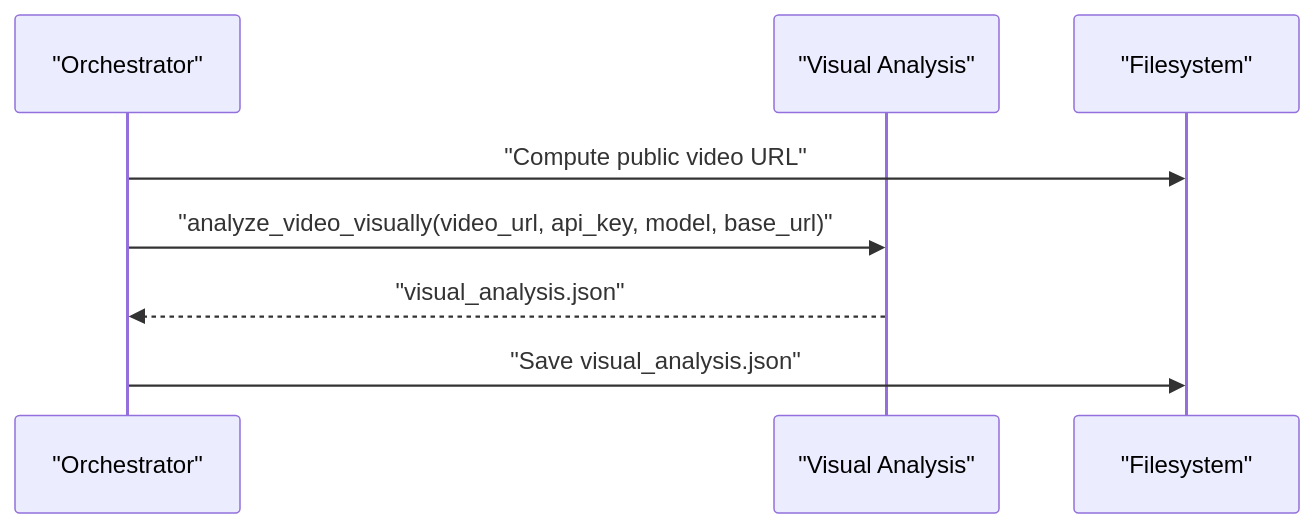
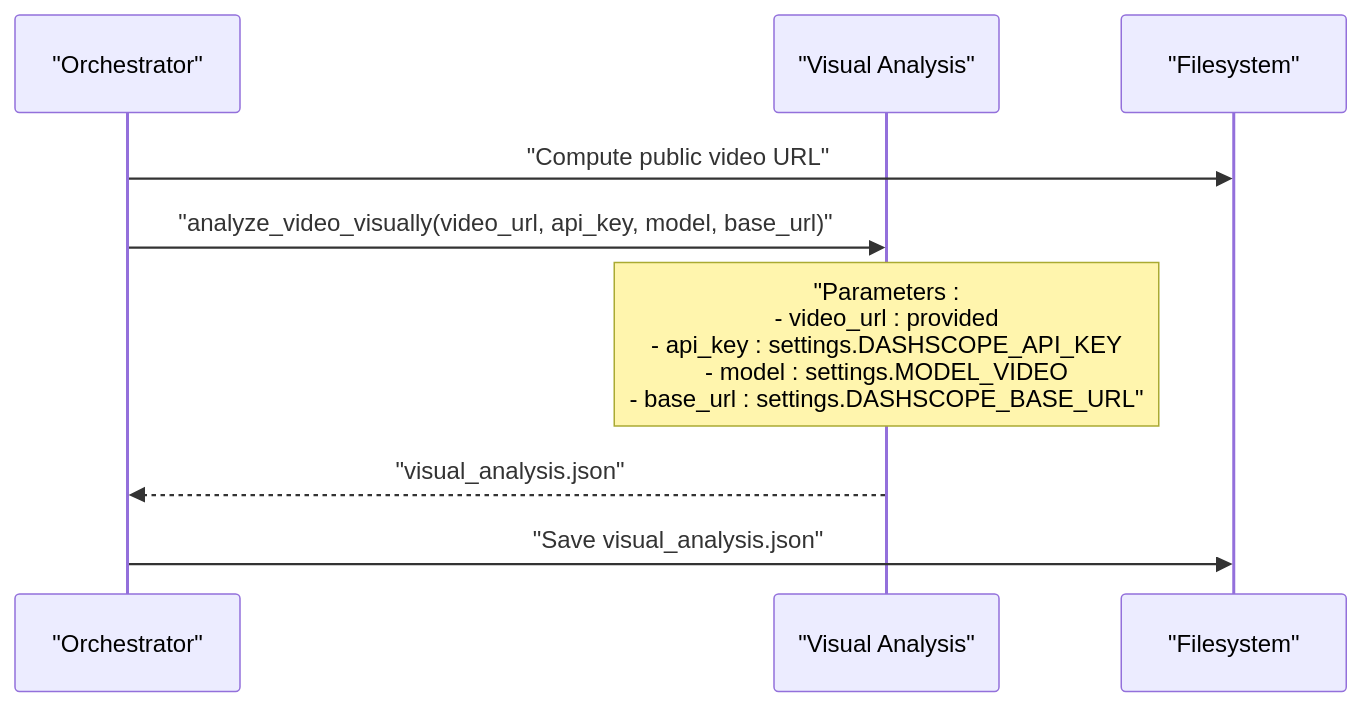
The fourth of 6 diagrams in .qoder/repowiki/en/content/Media Processing Pipeline/Visual Analysis Stage.md (alexandreybasta-cyber/dubai-media-ai), drawn with Mermaid before and after one commit. The commit also changed other lines of this file and 25 other files, not shown here.

````diff
--- a/.qoder/repowiki/en/content/Media Processing Pipeline/Visual Analysis Stage.md
+++ b/.qoder/repowiki/en/content/Media Processing Pipeline/Visual Analysis Stage.md
@@ -184,10 +208,11 @@
 ```mermaid
 sequenceDiagram
 participant Orchestrator as "Orchestrator"
 participant VA as "Visual Analysis"
 participant FS as "Filesystem"
 Orchestrator->>FS : "Compute public video URL"
 Orchestrator->>VA : "analyze_video_visually(video_url, api_key, model, base_url)"
+Note over VA : "Parameters : <br/>- video_url : provided<br/>- api_key : settings.DASHSCOPE_API_KEY<br/>- model : settings.MODEL_VIDEO<br/>- base_url : settings.DASHSCOPE_BASE_URL"
 VA-->>Orchestrator : "visual_analysis.json"
 Orchestrator->>FS : "Save visual_analysis.json"
 ```
````
